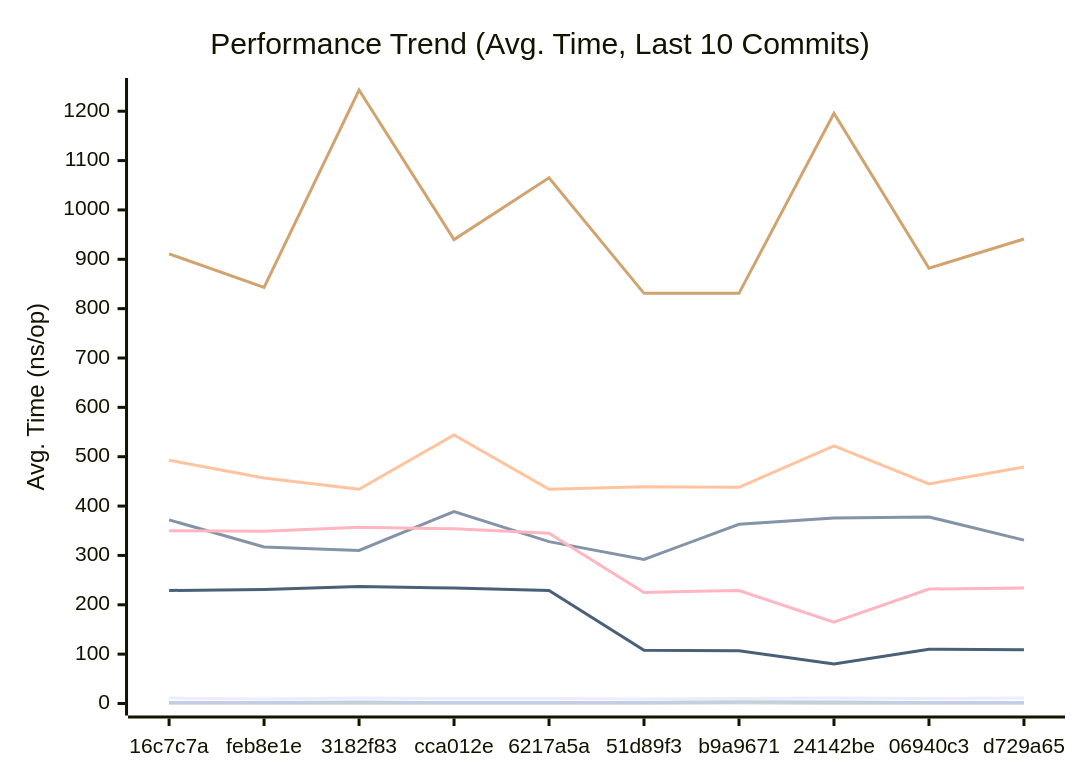
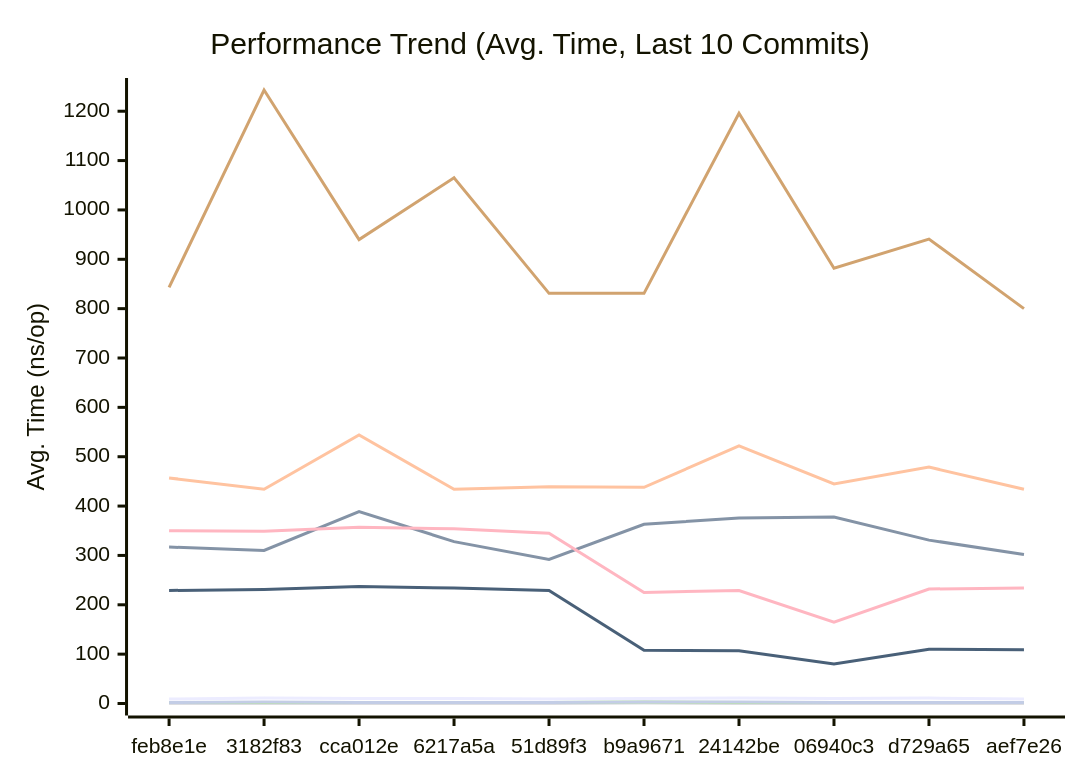
The first of 3 diagrams in docs/PERFORMANCE.md (alsotoes/momo), drawn with Mermaid before and after one commit. The commit also changed other lines of this file and 349 other files, not shown here.

````diff
--- a/docs/PERFORMANCE.md
+++ b/docs/PERFORMANCE.md
@@ -80,16 +80,16 @@
 ```mermaid
 xychart-beta
     title "Performance Trend (Avg. Time, Last 10 Commits)"
     x-axis "Commit"
     y-axis "Avg. Time (ns/op)"
-    x-axis [16c7c7a,feb8e1e,3182f83,cca012e,6217a5a,51d89f3,b9a9671,24142be,06940c3,d729a65]
-    line "CheckMetricsAndSwap" [11,9,11,10,10,9,10,11,10,11]
-    line "CrushOptimized" [372,317,310,389,328,292,363,376,378,331]
-    line "CrushOriginal" [493,457,434,544,434,439,438,522,445,479]
-    line "IndexDirectTracking" [0,0,0,0,0,0,1,0,0,0]
-    line "IndexSearch" [2,2,2,2,2,2,3,2,2,2]
-    line "LoadGlobalConfig" [911,843,1243,940,1065,831,831,1196,882,941]
-    line "PadString" [2,2,3,2,2,2,3,3,2,2]
+    x-axis [feb8e1e,3182f83,cca012e,6217a5a,51d89f3,b9a9671,24142be,06940c3,d729a65,aef7e26]
+    line "CheckMetricsAndSwap" [9,11,10,10,9,10,11,10,11,9]
+    line "CrushOptimized" [317,310,389,328,292,363,376,378,331,302]
+    line "CrushOriginal" [457,434,544,434,439,438,522,445,479,434]
+    line "IndexDirectTracking" [0,0,0,0,0,1,0,0,0,0]
+    line "IndexSearch" [2,2,2,2,2,3,2,2,2,2]
+    line "LoadGlobalConfig" [843,1243,940,1065,831,831,1196,882,941,800]
+    line "PadString" [2,3,2,2,2,3,3,2,2,2]
     line "ParseReplicationOrder_NoPrealloc" [350,349,357,354,345,225,229,165,232,234]
     line "ParseReplicationOrder_Prealloc" [229,231,237,234,229,108,107,80,110,109]
 ```
````
